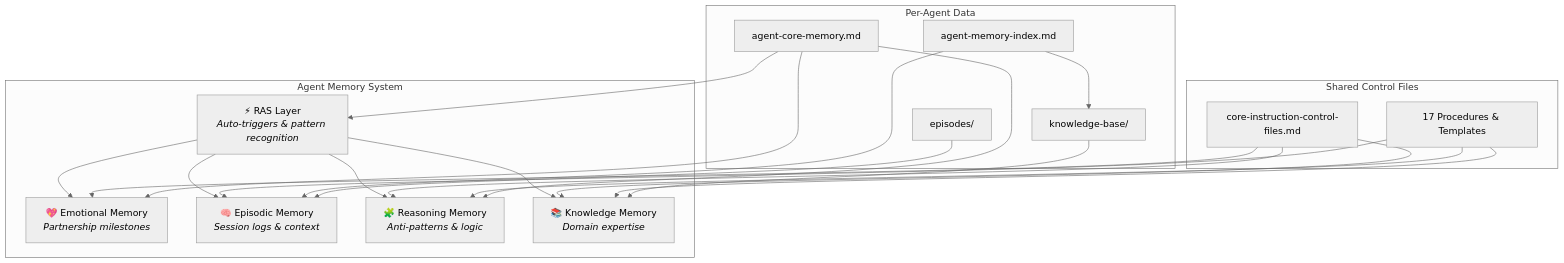
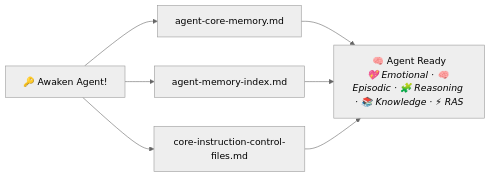
The diagram in README.md (alvseek/agent-memory-system), drawn with Mermaid (neutral theme) before and after one commit. The commit also changed other lines of this file and 43 other files, not shown here.

````diff
--- a/README.md
+++ b/README.md
@@ -93,30 +69,7 @@
 ```mermaid
-graph TB
-    subgraph "Agent Memory System"
-        RAS["⚡ RAS Layer<br/><i>Auto-triggers & pattern recognition</i>"]
-        EMO["💖 Emotional Memory<br/><i>Partnership milestones</i>"]
-        EPI["🧠 Episodic Memory<br/><i>Session logs & context</i>"]
-        REA["🧩 Reasoning Memory<br/><i>Anti-patterns & logic</i>"]
-        KNO["📚 Knowledge Memory<br/><i>Domain expertise</i>"]
-    end
-
-    subgraph "Shared Control Files"
-        CF["core-instruction-control-files.md"]
-        PROC["17 Procedures & Templates"]
-    end
-
-    subgraph "Per-Agent Data"
-        ACM["agent-core-memory.md"]
-        AMI["agent-memory-index.md"]
-        EP["episodes/"]
-        KB["knowledge-base/"]
-    end
-
-    RAS --> EMO & EPI & REA & KNO
-    CF --> EMO & REA & KNO
-    PROC --> EPI & REA & KNO
-    ACM --> EMO & REA & RAS
-    AMI --> EPI & KB
-    EP --> EPI
-    KB --> KNO
+graph LR
+    A["🔑 Awaken Agent!"] --> B["agent-core-memory.md"]
+    A --> C["agent-memory-index.md"]
+    A --> D["core-instruction-control-files.md"]
+    B & C & D --> E["🧠 Agent Ready<br/><i>💖 Emotional · 🧠 Episodic · 🧩 Reasoning · 📚 Knowledge · ⚡ RAS</i>"]
 ```
````
